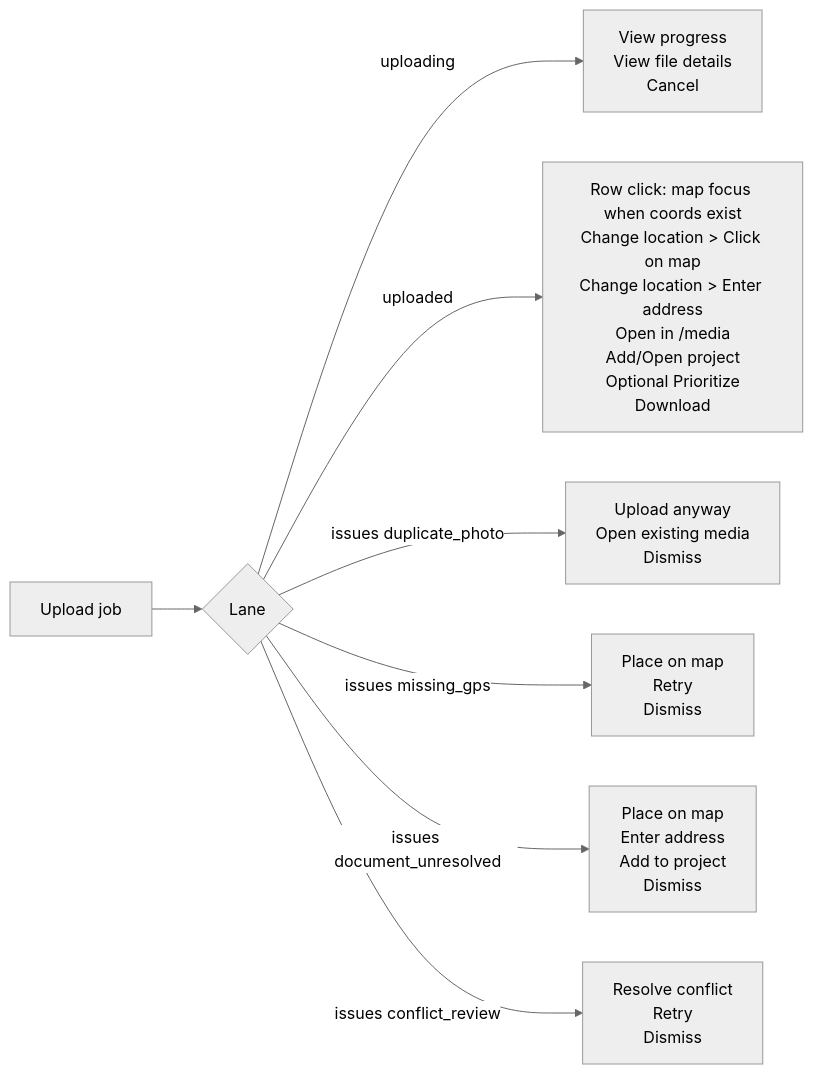
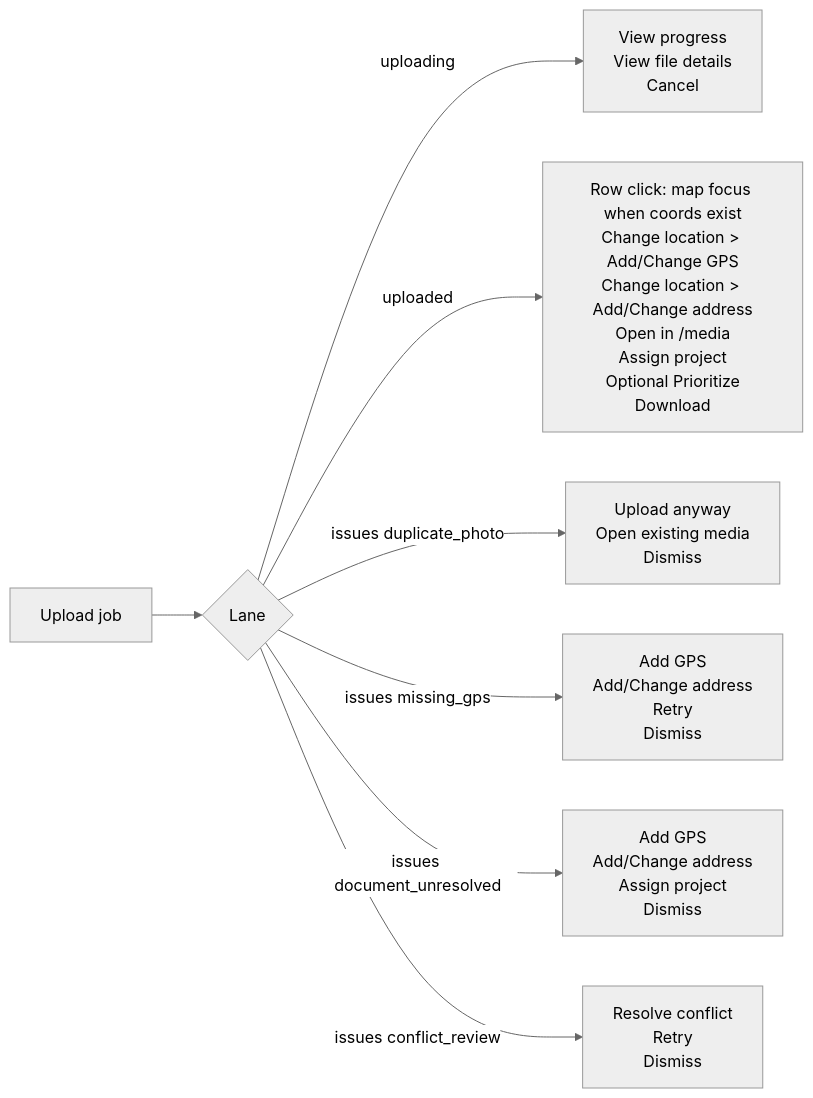
One commit to matkleve/feldpost changed the fourth of 8 diagrams in docs/element-specs/upload-panel.md. Above: the diagram before and after it, drawn with Mermaid (neutral theme). The commit also changed other lines of this file and 1 other file, not shown here.

Commit message:
feat(upload): enhance upload panel with address confidence checks and persistent instructional text

````diff
--- a/docs/element-specs/upload-panel.md
+++ b/docs/element-specs/upload-panel.md
@@ -327,10 +353,10 @@
 ```mermaid
 flowchart LR
   A[Upload job] --> B{Lane}
   B -->|uploading| C[View progress<br/>View file details<br/>Cancel]
-  B -->|uploaded| D[Row click: map focus when coords exist<br/>Change location > Click on map<br/>Change location > Enter address<br/>Open in /media<br/>Add/Open project<br/>Optional Prioritize<br/>Download]
+  B -->|uploaded| D[Row click: map focus when coords exist<br/>Change location > Add/Change GPS<br/>Change location > Add/Change address<br/>Open in /media<br/>Assign project<br/>Optional Prioritize<br/>Download]
   B -->|issues duplicate_photo| E[Upload anyway<br/>Open existing media<br/>Dismiss]
-  B -->|issues missing_gps| F[Place on map<br/>Retry<br/>Dismiss]
-  B -->|issues document_unresolved| H[Place on map<br/>Enter address<br/>Add to project<br/>Dismiss]
+  B -->|issues missing_gps| F[Add GPS<br/>Add/Change address<br/>Retry<br/>Dismiss]
+  B -->|issues document_unresolved| H[Add GPS<br/>Add/Change address<br/>Assign project<br/>Dismiss]
   B -->|issues conflict_review| G[Resolve conflict<br/>Retry<br/>Dismiss]
 ```
````
